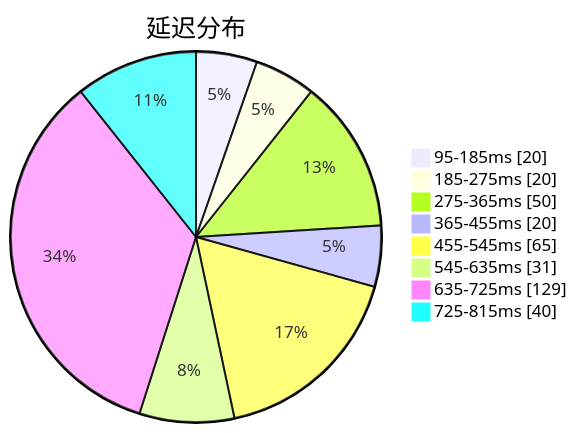
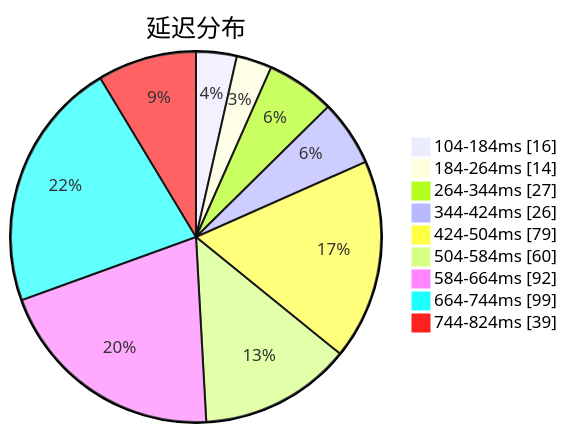
Before and after one commit to sinspired/airport: the first of 3 diagrams in subs/statistics/tested_within.md, drawn with Mermaid. The commit also changed other lines of this file and 2 other files, not shown here.

````diff
--- a/subs/statistics/tested_within.md
+++ b/subs/statistics/tested_within.md
@@ -2,12 +2,13 @@
 ```mermaid
 pie showData
 title 延迟分布
-"95-185ms" : 20
-"185-275ms" : 20
-"275-365ms" : 50
-"365-455ms" : 20
-"455-545ms" : 65
-"545-635ms" : 31
-"635-725ms" : 129
-"725-815ms" : 40
+"104-184ms" : 16
+"184-264ms" : 14
+"264-344ms" : 27
+"344-424ms" : 26
+"424-504ms" : 79
+"504-584ms" : 60
+"584-664ms" : 92
+"664-744ms" : 99
+"744-824ms" : 39
 ```
````
